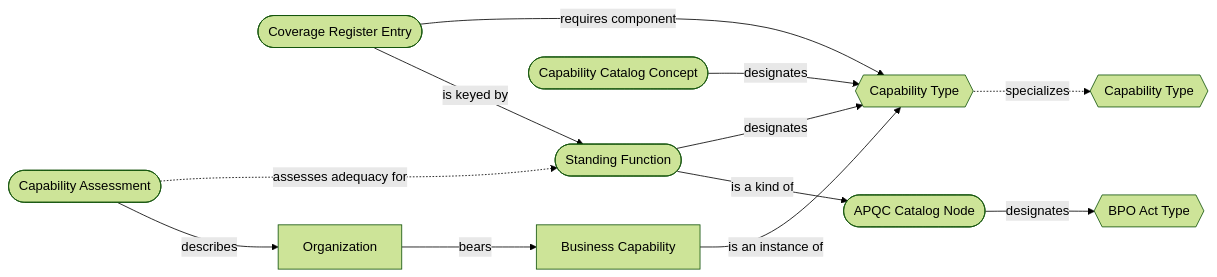
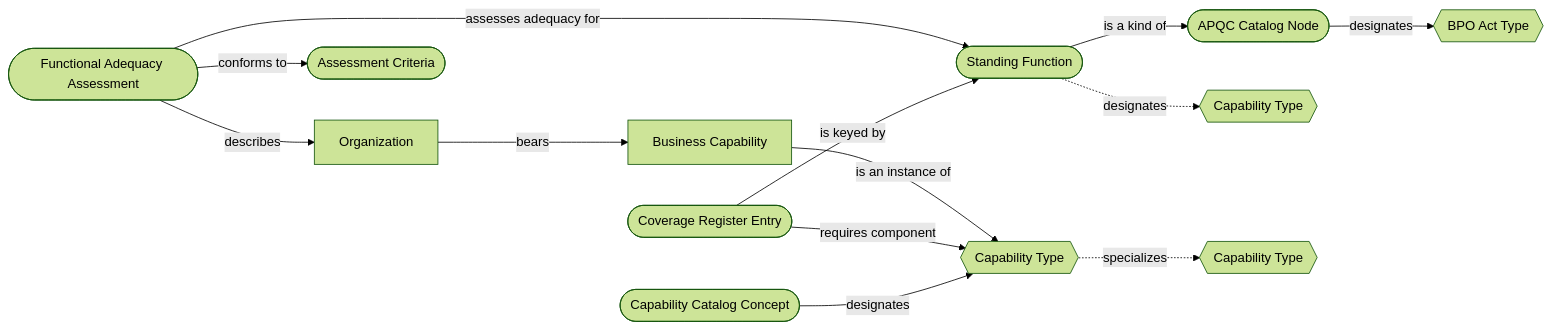
Before and after one commit to Skreen5hot/Business-and-Agent-Capabilities-Ontology: the sixth of 6 diagrams in src/02_conceptual_models/CM-01-business-capability.md, drawn with Mermaid (forest theme). The commit also changed other lines of this file and 6 other files, not shown here.

````diff
--- a/src/02_conceptual_models/CM-01-business-capability.md
+++ b/src/02_conceptual_models/CM-01-business-capability.md
@@ -423,24 +435,27 @@
 ```mermaid
 flowchart LR
   ACN(["APQC Catalog Node"])
   SF(["Standing Function"])
   CCC(["Capability Catalog Concept"])
   CRE(["Coverage Register Entry"])
+  CTW{{"Capability Type"}}
   CT{{"Capability Type"}}
   CTB{{"Capability Type"}}
   BAT{{"BPO Act Type"}}
   ORG["Organization"]
   BC["Business Capability"]
-  CA(["Capability Assessment"])
+  FAA(["Functional Adequacy Assessment"])
+  CRIT(["Assessment Criteria"])
   SF -->|is a kind of| ACN
   ACN -->|designates| BAT
-  SF -->|designates| CT
+  SF -.->|designates| CTW
   CCC -->|designates| CT
   CRE -->|is keyed by| SF
   CRE -->|requires component| CT
   CT -.->|specializes| CTB
   ORG -->|bears| BC
   BC -->|is an instance of| CT
-  CA -->|describes| ORG
-  CA -.->|assesses adequacy for| SF
+  FAA -->|describes| ORG
+  FAA -->|assesses adequacy for| SF
+  FAA -->|conforms to| CRIT
 ```
````
